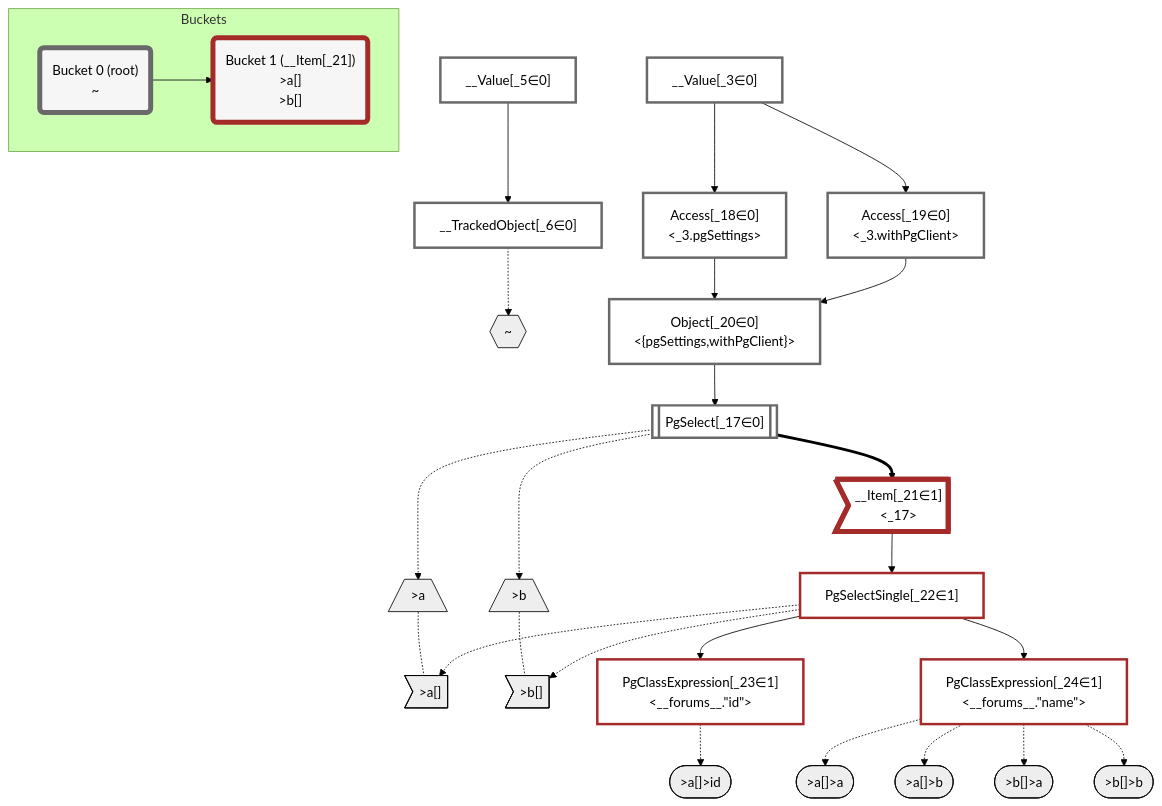
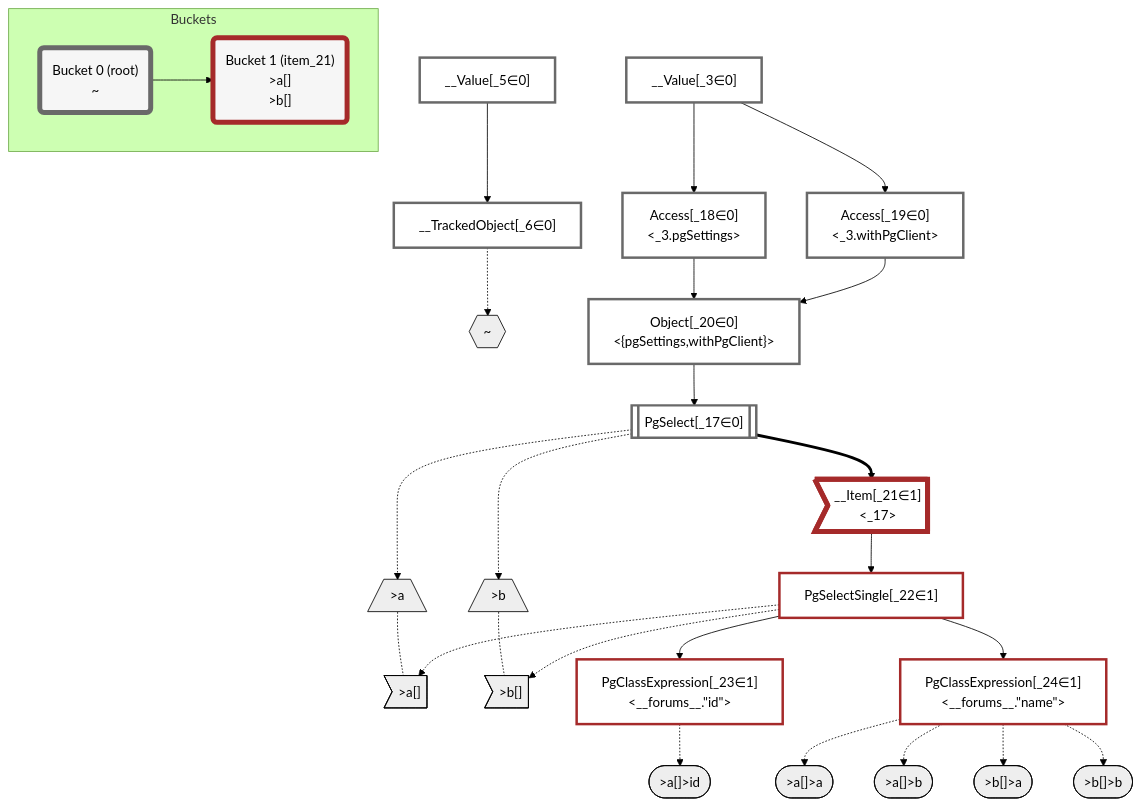
The diagram in packages/dataplan-pg/__tests__/queries/super-simple/many-field-aliases-and-mismatched-fields.deopt.mermaid.md (graphile/crystal), drawn with Mermaid (forest theme) before and after one commit. The commit also changed 159 other files, not shown here.

````diff
--- a/packages/dataplan-pg/__tests__/queries/super-simple/many-field-aliases-and-mismatched-fields.deopt.mermaid.md
+++ b/packages/dataplan-pg/__tests__/queries/super-simple/many-field-aliases-and-mismatched-fields.deopt.mermaid.md
@@ -1,81 +1,81 @@
 ```mermaid
 graph TD
     classDef path fill:#eee,stroke:#000,color:#000
     classDef plan fill:#fff,stroke-width:3px,color:#000
     classDef itemplan fill:#fff,stroke-width:6px,color:#000
     classDef sideeffectplan fill:#f00,stroke-width:6px,color:#000
     classDef bucket fill:#f6f6f6,color:#000,stroke-width:6px
 
     %% subgraph fields
     P1{{"~"}}:::path
     P2[/">a"\]:::path
     P3>">a[]"]:::path
     P2 -.- P3
     P4([">a[]>id"]):::path
     %% P3 -.-> P4
     P5([">a[]>a"]):::path
     %% P3 -.-> P5
     P6([">a[]>b"]):::path
     %% P3 -.-> P6
     %% P1 -.-> P2
     P7[/">b"\]:::path
     P8>">b[]"]:::path
     P7 -.- P8
     P9([">b[]>a"]):::path
     %% P8 -.-> P9
     P10([">b[]>b"]):::path
     %% P8 -.-> P10
     %% P1 -.-> P7
     %% end
 
     %% define plans
     __Value_3["__Value[_3∈0]<br /><context>"]:::plan
     __Value_5["__Value[_5∈0]<br /><rootValue>"]:::plan
     __TrackedObject_6["__TrackedObject[_6∈0]"]:::plan
     PgSelect_17[["PgSelect[_17∈0]<br /><forums>"]]:::plan
     Access_18["Access[_18∈0]<br /><_3.pgSettings>"]:::plan
     Access_19["Access[_19∈0]<br /><_3.withPgClient>"]:::plan
     Object_20["Object[_20∈0]<br /><{pgSettings,withPgClient}>"]:::plan
     __Item_21>"__Item[_21∈1]<br /><_17>"]:::itemplan
     PgSelectSingle_22["PgSelectSingle[_22∈1]<br /><forums>"]:::plan
     PgClassExpression_23["PgClassExpression[_23∈1]<br /><__forums__.#quot;id#quot;>"]:::plan
     PgClassExpression_24["PgClassExpression[_24∈1]<br /><__forums__.#quot;name#quot;>"]:::plan
 
     %% plan dependencies
     __Value_5 --> __TrackedObject_6
     Object_20 --> PgSelect_17
     __Value_3 --> Access_18
     __Value_3 --> Access_19
     Access_18 --> Object_20
     Access_19 --> Object_20
     PgSelect_17 ==> __Item_21
     __Item_21 --> PgSelectSingle_22
     PgSelectSingle_22 --> PgClassExpression_23
     PgSelectSingle_22 --> PgClassExpression_24
 
     %% plan-to-path relationships
     __TrackedObject_6 -.-> P1
     PgSelect_17 -.-> P2
     PgSelectSingle_22 -.-> P3
     PgClassExpression_23 -.-> P4
     PgClassExpression_24 -.-> P5
     PgClassExpression_24 -.-> P6
     PgSelect_17 -.-> P7
     PgSelectSingle_22 -.-> P8
     PgClassExpression_24 -.-> P9
     PgClassExpression_24 -.-> P10
 
     %% allocate buckets
     classDef bucket0 stroke:#696969
     class __Value_3,__Value_5,__TrackedObject_6,PgSelect_17,Access_18,Access_19,Object_20 bucket0
     classDef bucket1 stroke:#a52a2a
     class __Item_21,PgSelectSingle_22,PgClassExpression_23,PgClassExpression_24 bucket1
 
     subgraph Buckets
     Bucket0("Bucket 0 (root)<br />~"):::bucket
     style Bucket0 stroke:#696969
-    Bucket1("Bucket 1 (__Item[_21])<br />>a[]<br />>b[]"):::bucket
+    Bucket1("Bucket 1 (item_21)<br />>a[]<br />>b[]"):::bucket
     style Bucket1 stroke:#a52a2a
     Bucket0 --> Bucket1
     end
 ```
````
